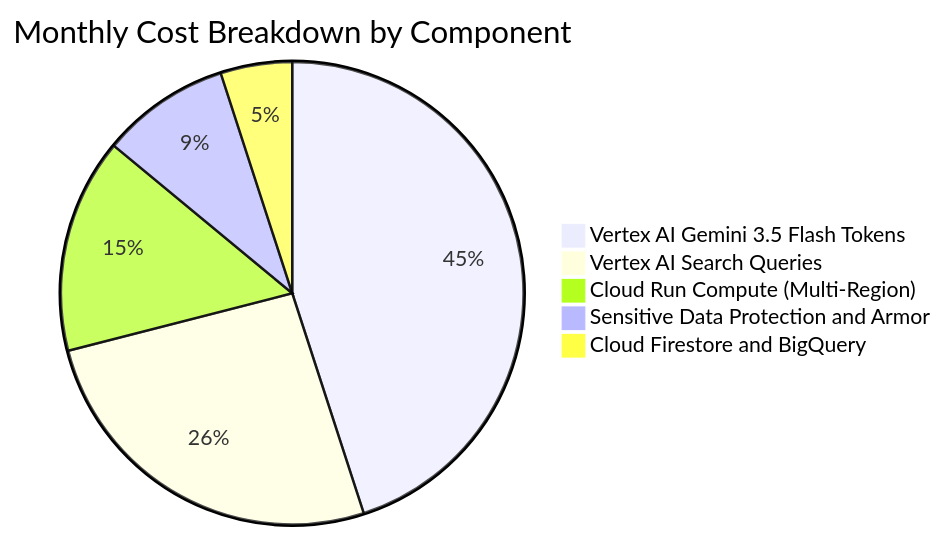
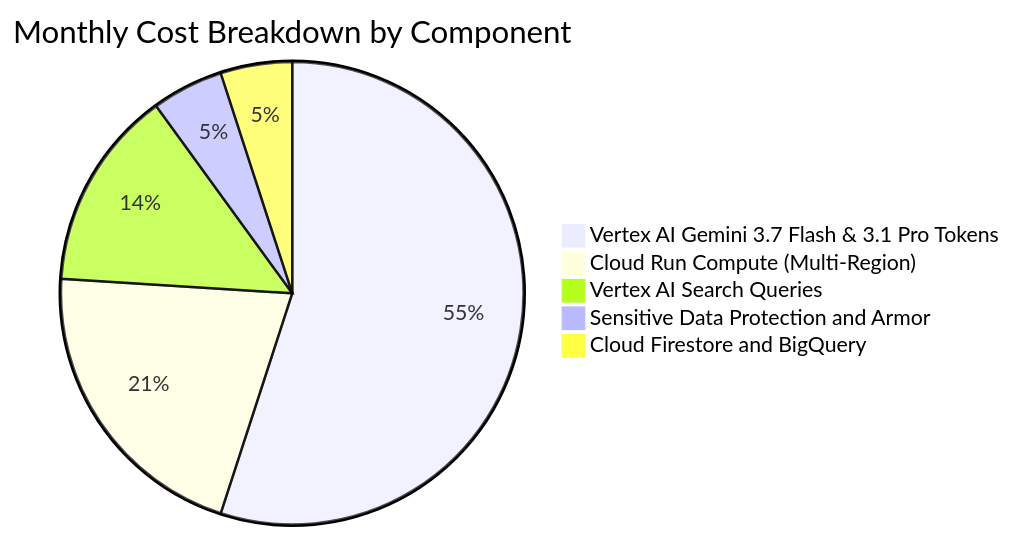
One commit to randyh0329/PRJ-ELEVATE-C1-G5 changed the tenth of 12 diagrams in Enterprise Agentic Solution Design Document - MVP 1.md. Above: the diagram before and after it, drawn with Mermaid. The commit also changed other lines of this file, not shown here.

````diff
--- a/Enterprise Agentic Solution Design Document - MVP 1.md
+++ b/Enterprise Agentic Solution Design Document - MVP 1.md
@@ -580,8 +589,8 @@
 ```mermaid
 pie title Monthly Cost Breakdown by Component
-    "Vertex AI Gemini 3.5 Flash Tokens" : 45
-    "Vertex AI Search Queries" : 26
-    "Cloud Run Compute (Multi-Region)" : 15
-    "Sensitive Data Protection and Armor" : 9
+    "Vertex AI Gemini 3.7 Flash & 3.1 Pro Tokens" : 55
+    "Cloud Run Compute (Multi-Region)" : 21
+    "Vertex AI Search Queries" : 14
+    "Sensitive Data Protection and Armor" : 5
     "Cloud Firestore and BigQuery" : 5
 ```
````
